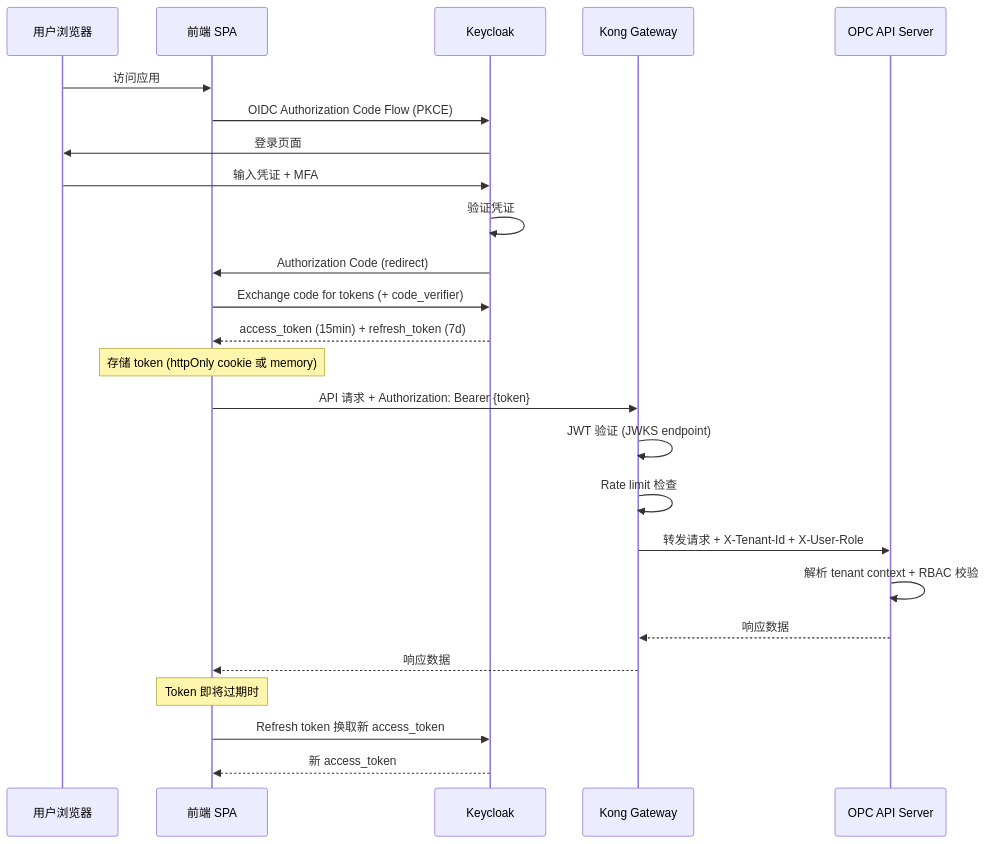
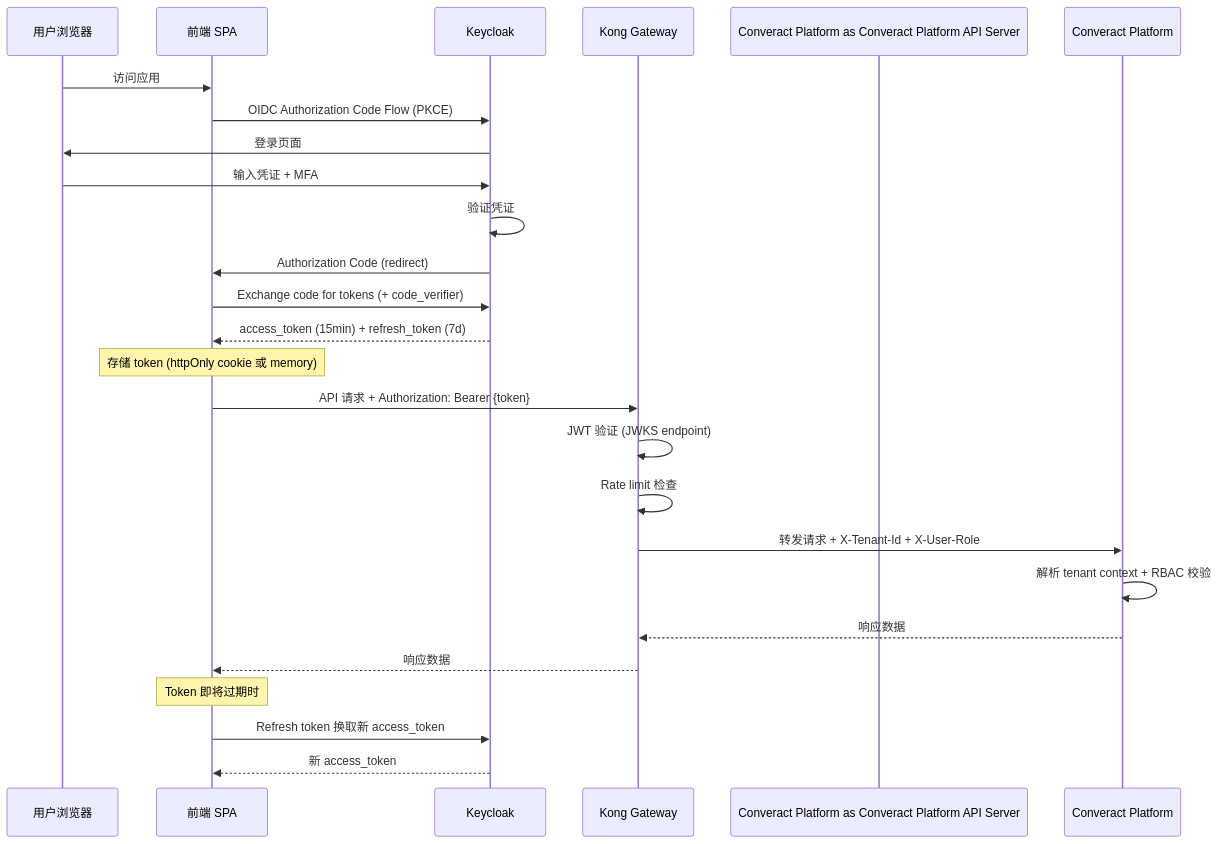
The third of 11 diagrams in docs/design/security-design.md (songgoldenwind-crypto/converact-platform), drawn with Mermaid before and after one commit. The commit also changed other lines of this file and 1807 other files, not shown here.

````diff
--- a/docs/design/security-design.md
+++ b/docs/design/security-design.md
@@ -278,31 +278,31 @@
 ```mermaid
 sequenceDiagram
     participant User as 用户浏览器
     participant SPA as 前端 SPA
     participant KC as Keycloak
     participant Kong as Kong Gateway
-    participant OPC as OPC API Server
+    participant Converact Platform as Converact Platform API Server
 
     User->>SPA: 访问应用
     SPA->>KC: OIDC Authorization Code Flow (PKCE)
     KC->>User: 登录页面
     User->>KC: 输入凭证 + MFA
     KC->>KC: 验证凭证
     KC->>SPA: Authorization Code (redirect)
     SPA->>KC: Exchange code for tokens (+ code_verifier)
     KC-->>SPA: access_token (15min) + refresh_token (7d)
     
     Note over SPA: 存储 token (httpOnly cookie 或 memory)
     
     SPA->>Kong: API 请求 + Authorization: Bearer {token}
     Kong->>Kong: JWT 验证 (JWKS endpoint)
     Kong->>Kong: Rate limit 检查
-    Kong->>OPC: 转发请求 + X-Tenant-Id + X-User-Role
-    OPC->>OPC: 解析 tenant context + RBAC 校验
-    OPC-->>Kong: 响应数据
+    Kong->>Converact Platform: 转发请求 + X-Tenant-Id + X-User-Role
+    Converact Platform->>Converact Platform: 解析 tenant context + RBAC 校验
+    Converact Platform-->>Kong: 响应数据
     Kong-->>SPA: 响应数据
     
     Note over SPA: Token 即将过期时
     SPA->>KC: Refresh token 换取新 access_token
     KC-->>SPA: 新 access_token
 ```
````
